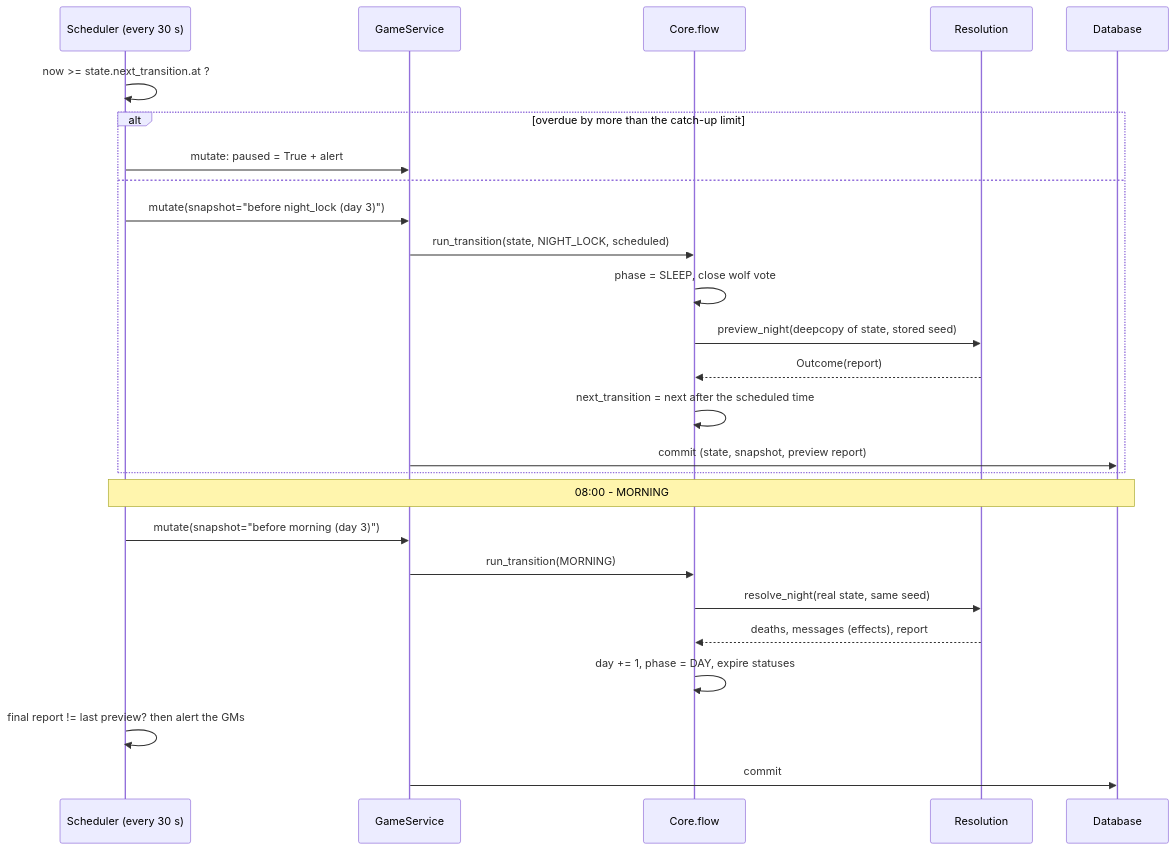
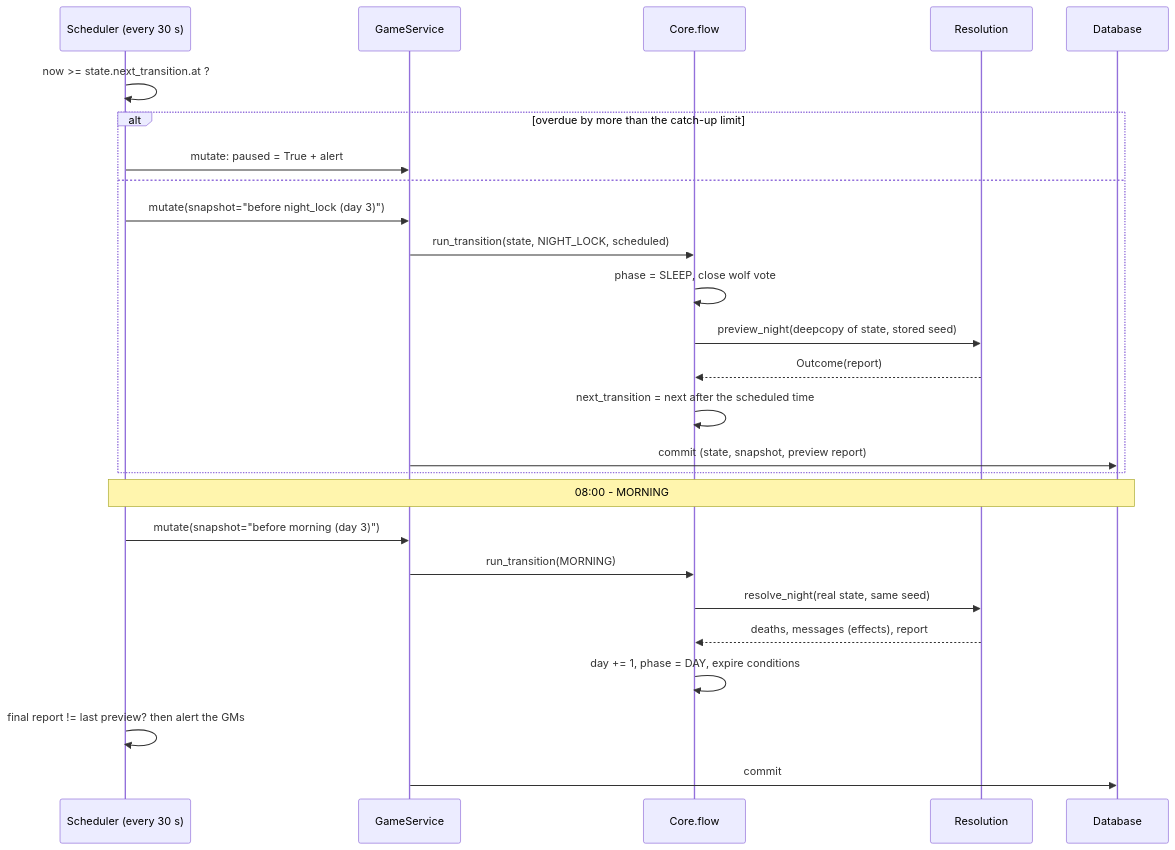
One commit to Mad-Scientist-Guild/Werewolves-bot changed the fifth of 6 diagrams in Docs/Developer guide - architecture and data.md. Above: the diagram before and after it, drawn with Mermaid. The commit also changed other lines of this file and 72 other files, not shown here.

````diff
--- a/Docs/Developer guide - architecture and data.md
+++ b/Docs/Developer guide - architecture and data.md
@@ -334,28 +324,28 @@
 ```mermaid
 sequenceDiagram
     participant S as Scheduler (every 30 s)
     participant GS as GameService
     participant FL as Core.flow
     participant RE as Resolution
     participant DB as Database
     S->>S: now >= state.next_transition.at ?
     alt overdue by more than the catch-up limit
         S->>GS: mutate: paused = True + alert
     else
         S->>GS: mutate(snapshot="before night_lock (day 3)")
         GS->>FL: run_transition(state, NIGHT_LOCK, scheduled)
         FL->>FL: phase = SLEEP, close wolf vote
         FL->>RE: preview_night(deepcopy of state, stored seed)
         RE-->>FL: Outcome(report)
         FL->>FL: next_transition = next after the scheduled time
         GS->>DB: commit (state, snapshot, preview report)
     end
     Note over S,DB: 08:00 - MORNING
     S->>GS: mutate(snapshot="before morning (day 3)")
     GS->>FL: run_transition(MORNING)
     FL->>RE: resolve_night(real state, same seed)
     RE-->>FL: deaths, messages (effects), report
-    FL->>FL: day += 1, phase = DAY, expire statuses
+    FL->>FL: day += 1, phase = DAY, expire conditions
     S->>S: final report != last preview? then alert the GMs
     GS->>DB: commit
 ```
````
